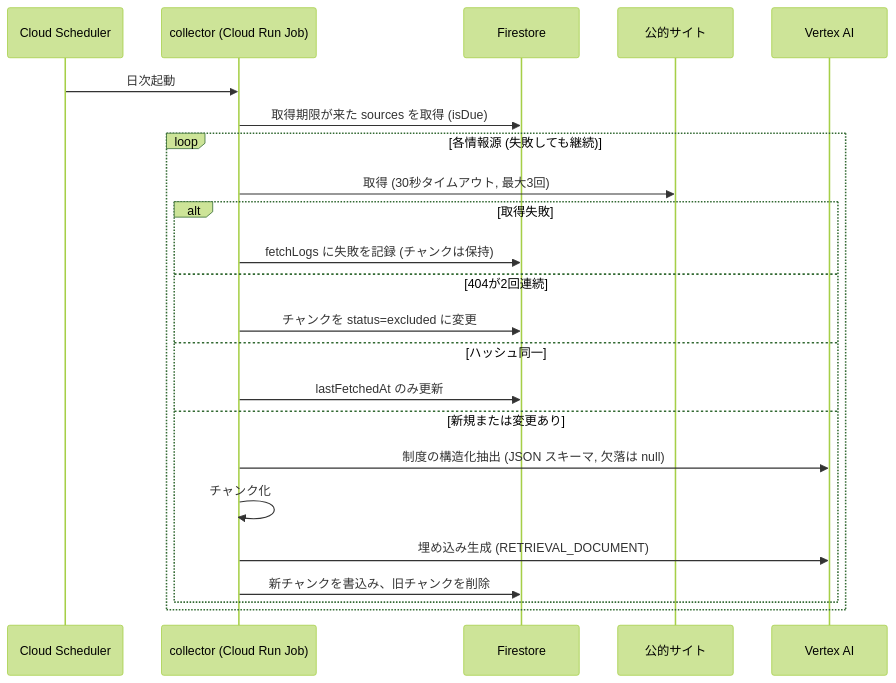
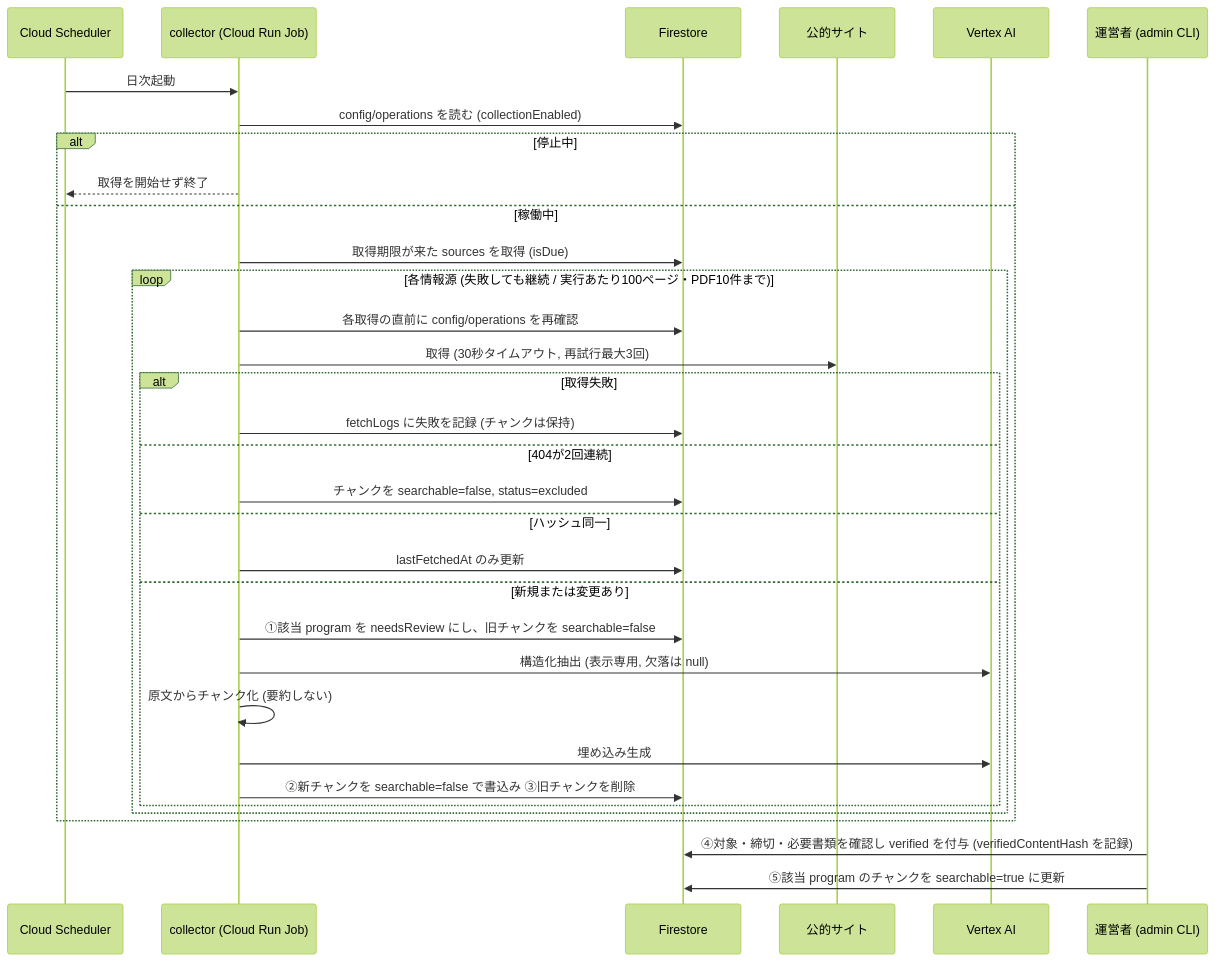
Before and after one commit to Devfest-Hackathon-2026/df-2026-t004: the second of 5 diagrams in .kiro/specs/childcare-medical-welfare-navi/design.md, drawn with Mermaid (forest theme). The commit also changed other lines of this file, not shown here.

````diff
--- a/.kiro/specs/childcare-medical-welfare-navi/design.md
+++ b/.kiro/specs/childcare-medical-welfare-navi/design.md
@@ -97,26 +113,36 @@
 ```mermaid
 sequenceDiagram
   participant S as Cloud Scheduler
   participant J as collector (Cloud Run Job)
   participant F as Firestore
   participant P as 公的サイト
   participant V as Vertex AI
+  participant O as 運営者 (admin CLI)
 
   S->>J: 日次起動
-  J->>F: 取得期限が来た sources を取得 (isDue)
-  loop 各情報源 (失敗しても継続)
-    J->>P: 取得 (30秒タイムアウト, 最大3回)
-    alt 取得失敗
-      J->>F: fetchLogs に失敗を記録 (チャンクは保持)
-    else 404が2回連続
-      J->>F: チャンクを status=excluded に変更
-    else ハッシュ同一
-      J->>F: lastFetchedAt のみ更新
-    else 新規または変更あり
-      J->>V: 制度の構造化抽出 (JSON スキーマ, 欠落は null)
-      J->>J: チャンク化
-      J->>V: 埋め込み生成 (RETRIEVAL_DOCUMENT)
-      J->>F: 新チャンクを書込み、旧チャンクを削除
+  J->>F: config/operations を読む (collectionEnabled)
+  alt 停止中
+    J-->>S: 取得を開始せず終了
+  else 稼働中
+    J->>F: 取得期限が来た sources を取得 (isDue)
+    loop 各情報源 (失敗しても継続 / 実行あたり100ページ・PDF10件まで)
+      J->>F: 各取得の直前に config/operations を再確認
+      J->>P: 取得 (30秒タイムアウト, 再試行最大3回)
+      alt 取得失敗
+        J->>F: fetchLogs に失敗を記録 (チャンクは保持)
+      else 404が2回連続
+        J->>F: チャンクを searchable=false, status=excluded
+      else ハッシュ同一
+        J->>F: lastFetchedAt のみ更新
+      else 新規または変更あり
+        J->>F: ①該当 program を needsReview にし、旧チャンクを searchable=false
+        J->>V: 構造化抽出 (表示専用, 欠落は null)
+        J->>J: 原文からチャンク化 (要約しない)
+        J->>V: 埋め込み生成
+        J->>F: ②新チャンクを searchable=false で書込み ③旧チャンクを削除
+      end
     end
   end
+  O->>F: ④対象・締切・必要書類を確認し verified を付与 (verifiedContentHash を記録)
+  O->>F: ⑤該当 program のチャンクを searchable=true に更新
 ```
````
